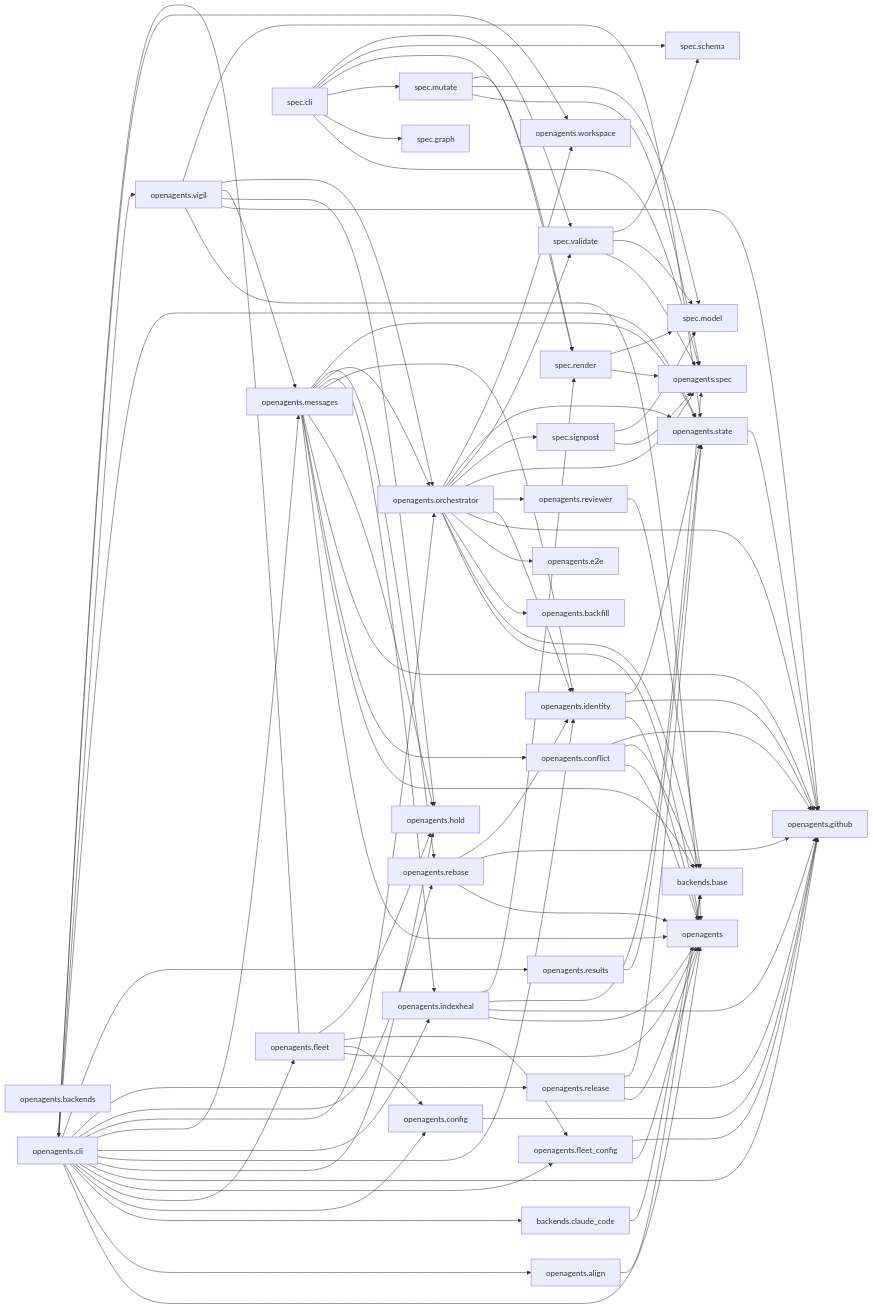
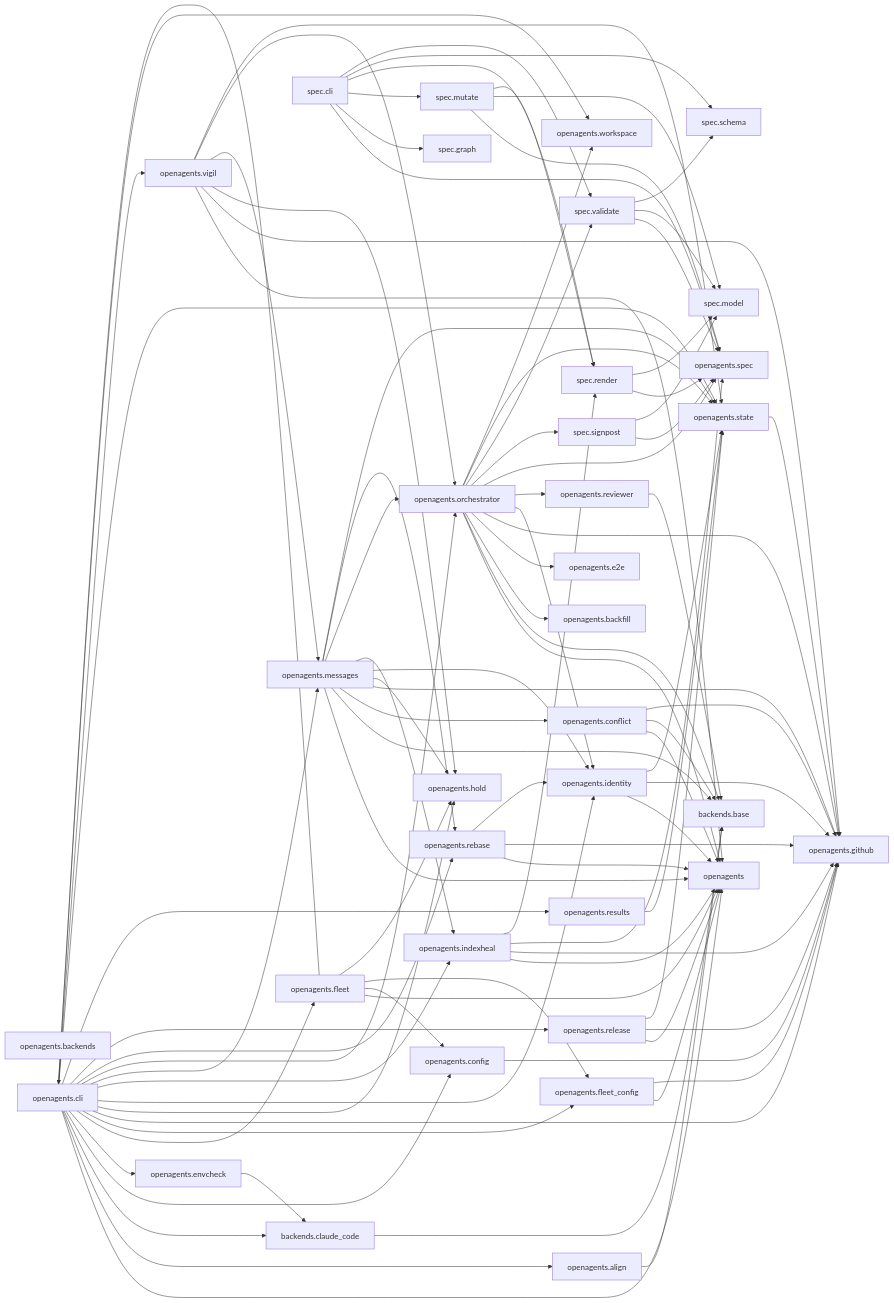
Before and after one commit to Curry09/OpenAgents: the diagram in docs/specs/ARCHITECTURE.md, drawn with Mermaid. The commit also changed other lines of this file and 13 other files, not shown here.

```diff
--- a/docs/specs/ARCHITECTURE.md
+++ b/docs/specs/ARCHITECTURE.md
@@ -73,6 +74,7 @@
     nopenagents_config["openagents.config"]
     nopenagents_conflict["openagents.conflict"]
     nopenagents_e2e["openagents.e2e"]
+    nopenagents_envcheck["openagents.envcheck"]
     nopenagents_fleet["openagents.fleet"]
     nopenagents_fleet_config["openagents.fleet_config"]
     nopenagents_github["openagents.github"]
@@ -103,6 +105,7 @@
     nopenagents_cli --> nopenagents_align
     nopenagents_cli --> nopenagents_backends_claude_code
     nopenagents_cli --> nopenagents_config
+    nopenagents_cli --> nopenagents_envcheck
     nopenagents_cli --> nopenagents_fleet
     nopenagents_cli --> nopenagents_fleet_config
     nopenagents_cli --> nopenagents_github
@@ -121,6 +124,7 @@
     nopenagents_conflict --> nopenagents
     nopenagents_conflict --> nopenagents_backends_base
     nopenagents_conflict --> nopenagents_github
+    nopenagents_envcheck --> nopenagents_backends_claude_code
     nopenagents_fleet --> nopenagents
     nopenagents_fleet --> nopenagents_cli
     nopenagents_fleet --> nopenagents_config
```
